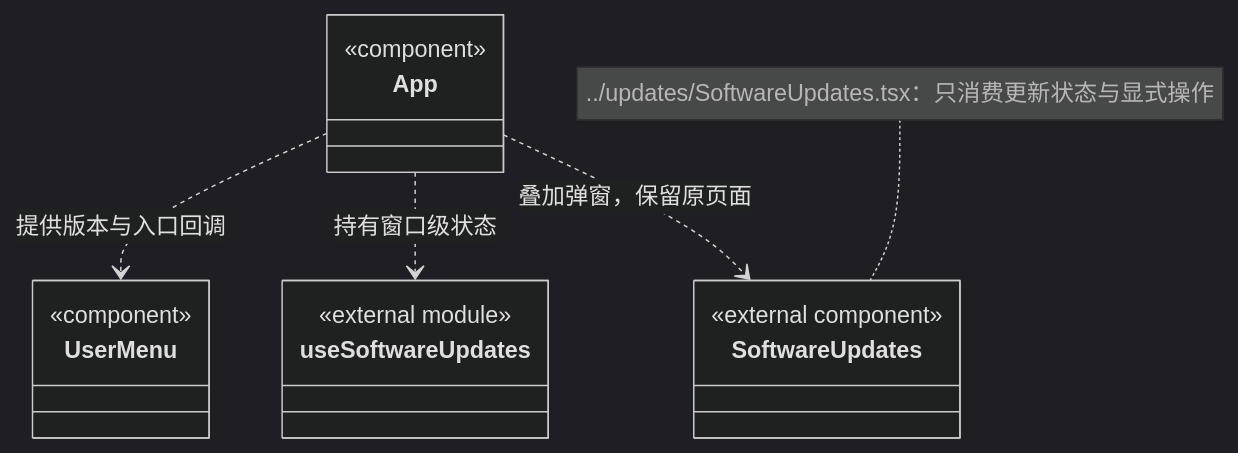
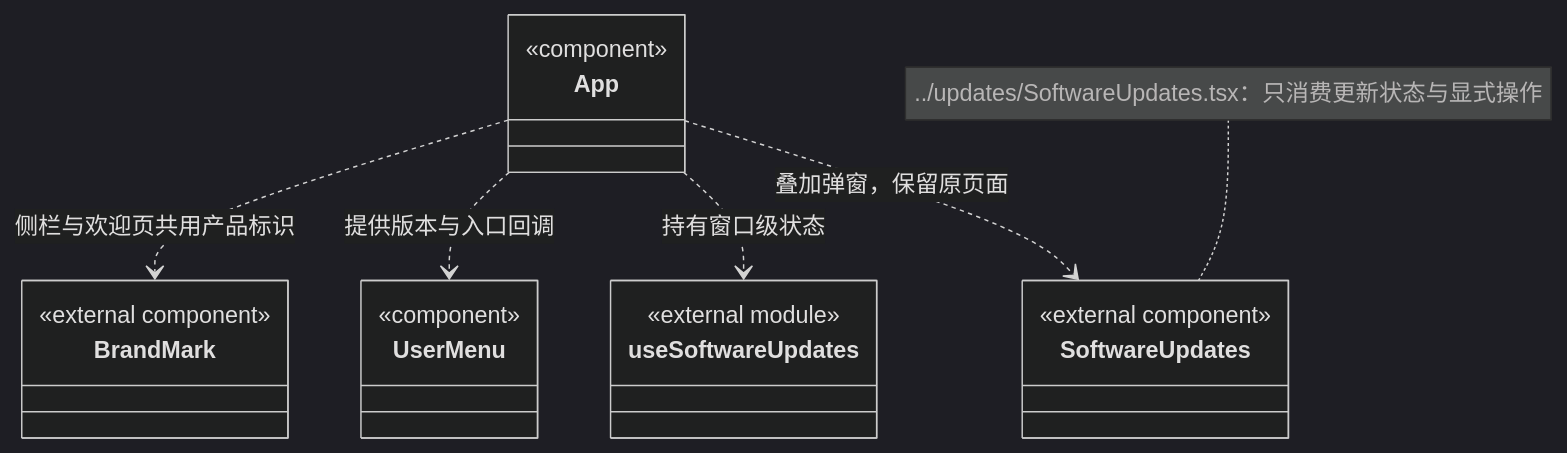
Diagram 19 of 19 in src/frontend/shell/ARCHITECTURE.md (nan023062/cbim), drawn with Mermaid (dark theme) before and after one commit. The commit also changed other lines of this file and 36 other files, not shown here.

````diff
--- a/src/frontend/shell/ARCHITECTURE.md
+++ b/src/frontend/shell/ARCHITECTURE.md
@@ -347,11 +349,13 @@
 ```mermaid
 classDiagram
 class App { <<component>> }
 class UserMenu { <<component>> }
 class SoftwareUpdates { <<external component>> }
 class useSoftwareUpdates { <<external module>> }
+class BrandMark { <<external component>> }
+App ..> BrandMark : 侧栏与欢迎页共用产品标识
 App ..> UserMenu : 提供版本与入口回调
 App ..> useSoftwareUpdates : 持有窗口级状态
 App ..> SoftwareUpdates : 叠加弹窗，保留原页面
 note for SoftwareUpdates "../updates/SoftwareUpdates.tsx：只消费更新状态与显式操作"
 ```
````
